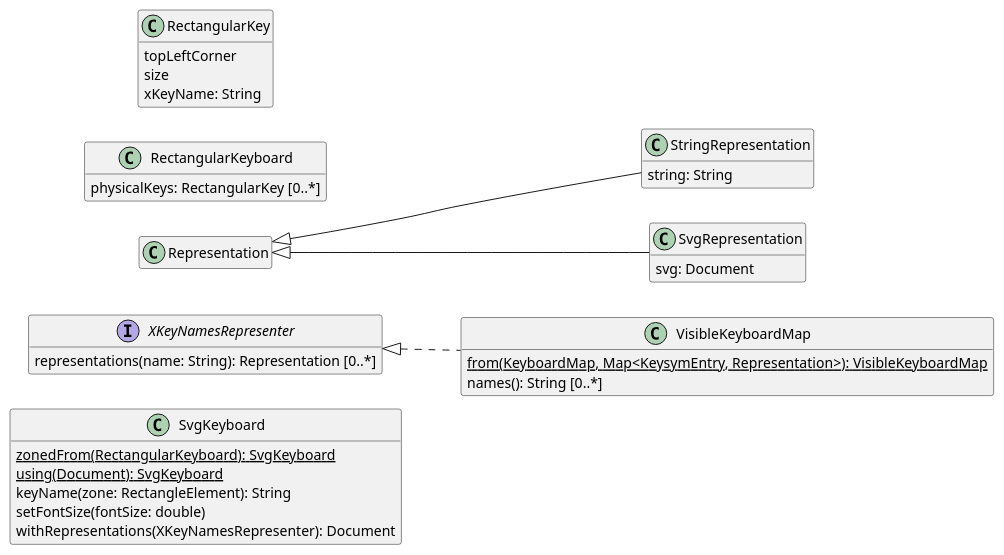
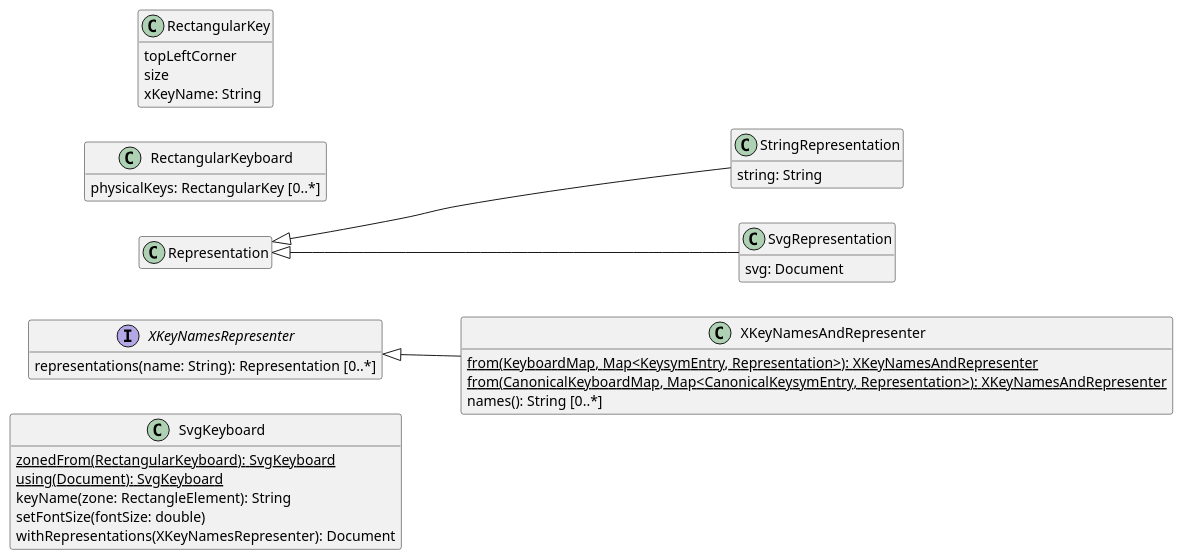
One commit to oliviercailloux/Keyboardd changed the diagram in Representable.wsd. Above: the diagram before and after it, drawn with PlantUML. The commit also changed 2 other files, not shown here.

```diff
--- a/Representable.wsd
+++ b/Representable.wsd
@@ -1,47 +1,48 @@
 @startuml Representable
 hide empty members
 left to right direction
 
 class "Representation" {
 }
 class "StringRepresentation" {
   string: String
 }
 class "SvgRepresentation" {
   svg: Document
 }
 "Representation" <|-- "StringRepresentation"
 "Representation" <|-- "SvgRepresentation"
 
 interface "XKeyNamesRepresenter" {
   representations(name: String): Representation [0..*]
 }
 
-class "VisibleKeyboardMap" {
-  {static} from(KeyboardMap, Map<KeysymEntry, Representation>): VisibleKeyboardMap
+class "XKeyNamesAndRepresenter" {
+  {static} from(KeyboardMap, Map<KeysymEntry, Representation>): XKeyNamesAndRepresenter
+  {static} from(CanonicalKeyboardMap, Map<CanonicalKeysymEntry, Representation>): XKeyNamesAndRepresenter
   names(): String [0..*]
 }
-"XKeyNamesRepresenter" <|-[dashed]- "VisibleKeyboardMap"
+"XKeyNamesRepresenter" <|-- "XKeyNamesAndRepresenter"
 
 class "RectangularKey" {
   topLeftCorner
   size
   xKeyName: String
 }
 
 class "RectangularKeyboard" {
   physicalKeys: RectangularKey [0..*]
 }
 
 class "SvgKeyboard" {
   {static} zonedFrom(RectangularKeyboard): SvgKeyboard
   {static} using(Document): SvgKeyboard
   keyName(zone: RectangleElement): String
   setFontSize(fontSize: double)
   withRepresentations(XKeyNamesRepresenter): Document
 }
 
 "RectangularKeyboard" -[hidden]> "Representation"
 "Representation" -[hidden]> "XKeyNamesRepresenter"
 "XKeyNamesRepresenter" -[hidden]> "SvgKeyboard"
 @enduml
```
